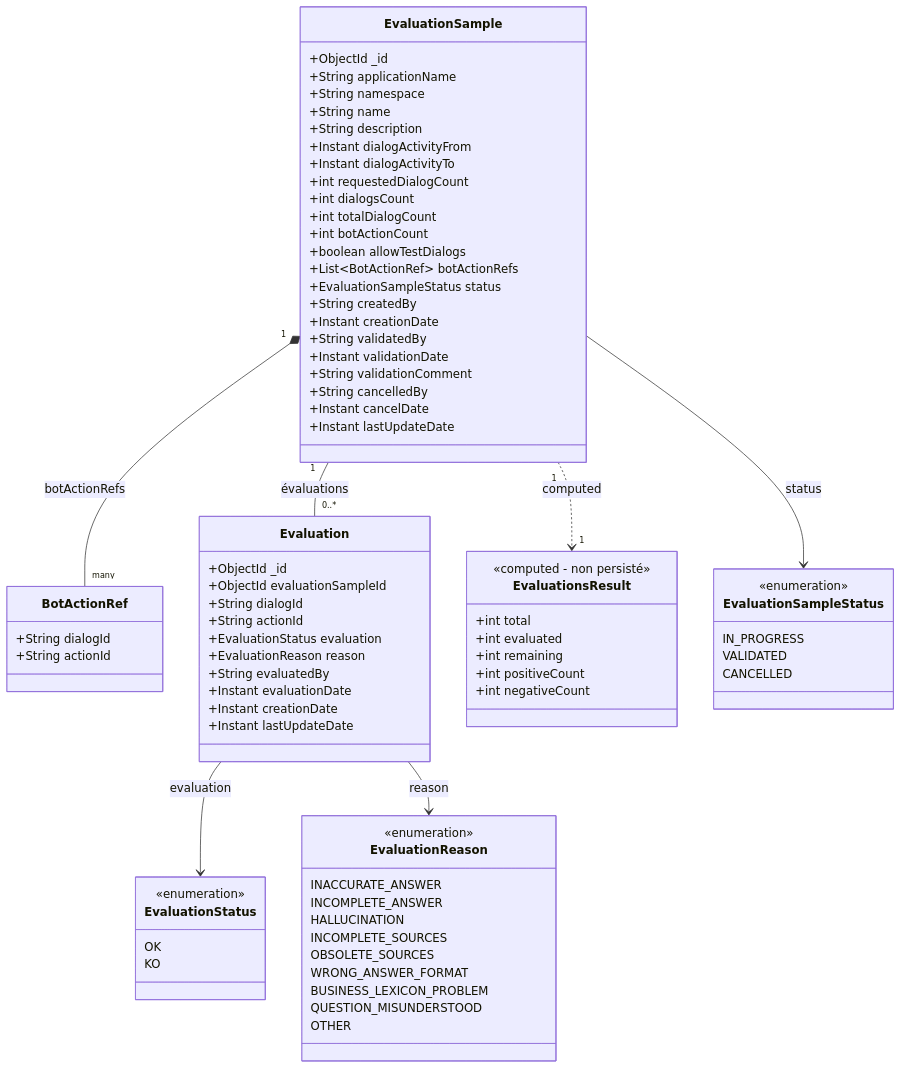
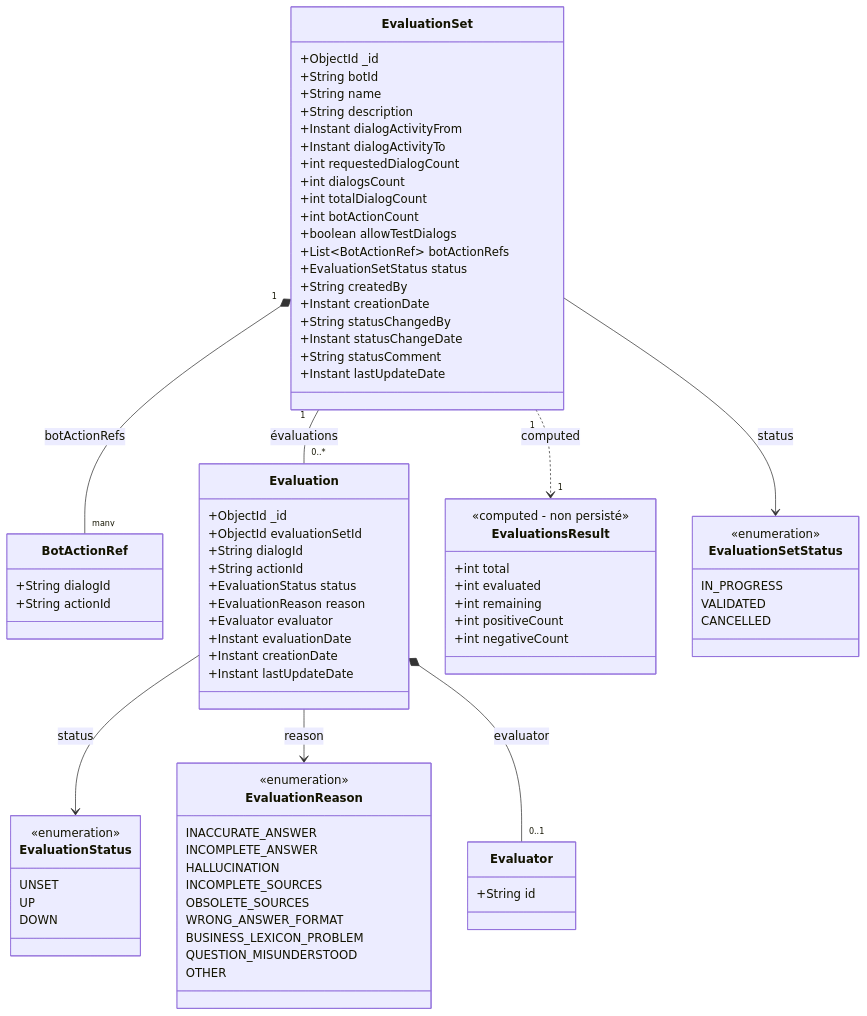
Before and after one commit to CreditMutuelArkea/tock: the diagram in docs/design/bot-evaluation/TECHNICAL.md, drawn with Mermaid. The commit also changed other lines of this file and 6 other files, not shown here.

First line of the commit message:
docs(bot-evaluation): add bot identity resolution comments

````diff
--- a/docs/design/bot-evaluation/TECHNICAL.md
+++ b/docs/design/bot-evaluation/TECHNICAL.md
@@ -7,9 +9,8 @@
 ```mermaid
 classDiagram
-    class EvaluationSample {
+    class EvaluationSet {
         +ObjectId _id
-        +String applicationName
-        +String namespace
+        +String botId
         +String name
         +String description
         +Instant dialogActivityFrom
@@ -20,14 +21,12 @@
         +int botActionCount
         +boolean allowTestDialogs
         +List~BotActionRef~ botActionRefs
-        +EvaluationSampleStatus status
+        +EvaluationSetStatus status
         +String createdBy
         +Instant creationDate
-        +String validatedBy
-        +Instant validationDate
-        +String validationComment
-        +String cancelledBy
-        +Instant cancelDate
+        +String statusChangedBy
+        +Instant statusChangeDate
+        +String statusComment
         +Instant lastUpdateDate
     }
 
@@ -38,15 +37,19 @@
 
     class Evaluation {
         +ObjectId _id
-        +ObjectId evaluationSampleId
+        +ObjectId evaluationSetId
         +String dialogId
         +String actionId
-        +EvaluationStatus evaluation
+        +EvaluationStatus status
         +EvaluationReason reason
-        +String evaluatedBy
+        +Evaluator evaluator
         +Instant evaluationDate
         +Instant creationDate
         +Instant lastUpdateDate
+    }
+
+    class Evaluator {
+        +String id
     }
 
     class EvaluationsResult {
@@ -58,7 +61,7 @@
         +int negativeCount
     }
 
-    class EvaluationSampleStatus {
+    class EvaluationSetStatus {
         <<enumeration>>
         IN_PROGRESS
         VALIDATED
@@ -67,8 +70,9 @@
 
     class EvaluationStatus {
         <<enumeration>>
-        OK
-        KO
+        UNSET
+        UP
+        DOWN
     }
 
     class EvaluationReason {
@@ -84,10 +88,11 @@
         OTHER
     }
 
-    EvaluationSample "1" *-- "many" BotActionRef : botActionRefs
-    EvaluationSample "1" ..> "1" EvaluationsResult : computed
-    EvaluationSample "1" -- "0..*" Evaluation : évaluations
-    EvaluationSample --> EvaluationSampleStatus : status
-    Evaluation --> EvaluationStatus : evaluation
+    EvaluationSet "1" *-- "many" BotActionRef : botActionRefs
+    EvaluationSet "1" ..> "1" EvaluationsResult : computed
+    EvaluationSet "1" -- "0..*" Evaluation : évaluations
+    EvaluationSet --> EvaluationSetStatus : status
+    Evaluation --> EvaluationStatus : status
     Evaluation --> EvaluationReason : reason
+    Evaluation *-- "0..1" Evaluator : evaluator
 ```
````
